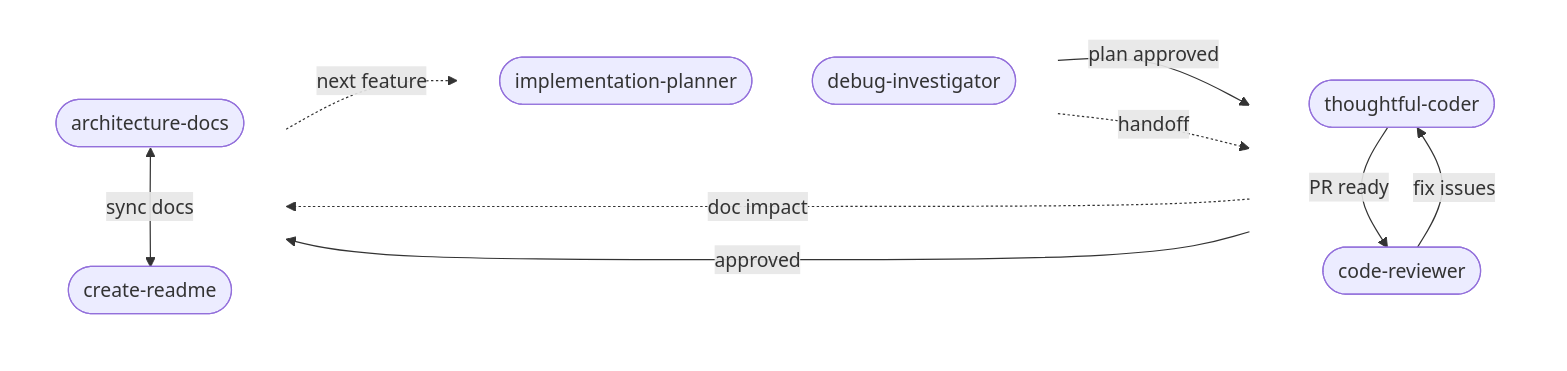
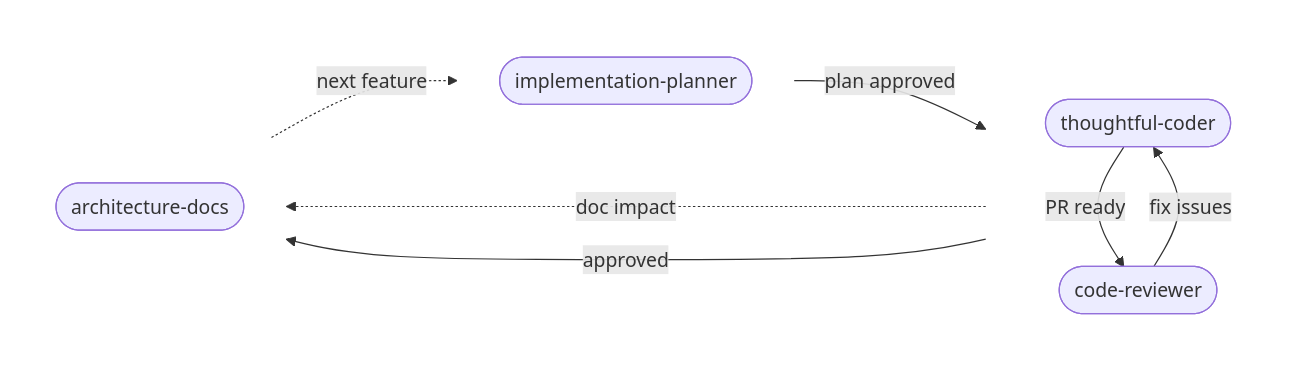
Before and after one commit to Flowerf19/agents-skills: the diagram in README.md, drawn with Mermaid. The commit also changed other lines of this file and 5 other files, not shown here.

First line of the commit message:
Consolidate to 4 skills: merge create-readme into architecture-docs, debug-investigator into thoughtful-coder

````diff
--- a/README.md
+++ b/README.md
@@ -87,33 +84,29 @@
 ```mermaid
 flowchart LR
     subgraph col1[" "]
         direction TB
         IP([implementation-planner])
-        DI([debug-investigator])
     end
 
     subgraph col2[" "]
         direction TB
         TC([thoughtful-coder])
         CR([code-reviewer])
     end
 
     subgraph col3[" "]
         direction TB
-        RM([create-readme])
         AD([architecture-docs])
     end
 
     IP -->|plan approved| TC
-    DI -.->|handoff| TC
     TC -->|PR ready| CR
     CR -->|fix issues| TC
-    TC -.->|doc impact| RM
+    TC -.->|doc impact| AD
     CR -->|approved| AD
-    AD <-->|sync docs| RM
     AD -.->|next feature| IP
 
     style col1 fill:none,stroke:none
     style col2 fill:none,stroke:none
     style col3 fill:none,stroke:none
 ```
````
